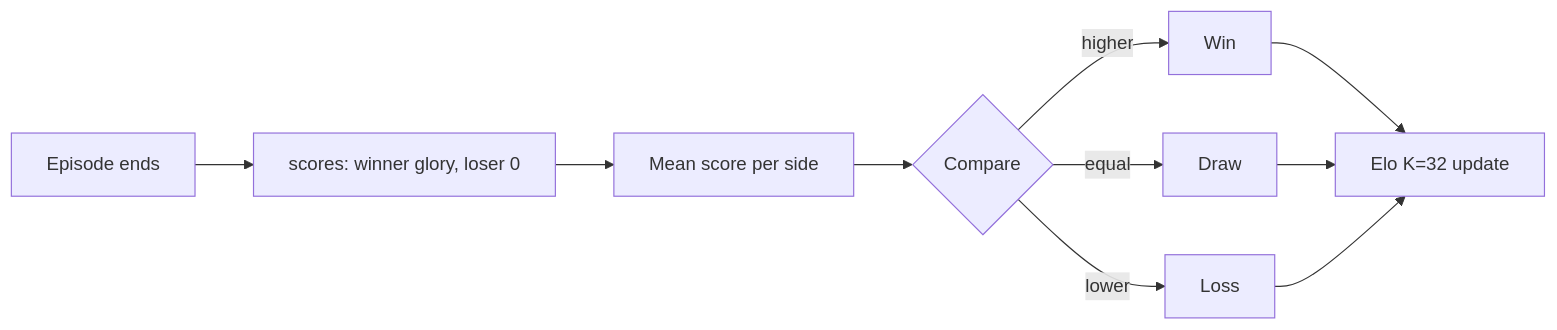
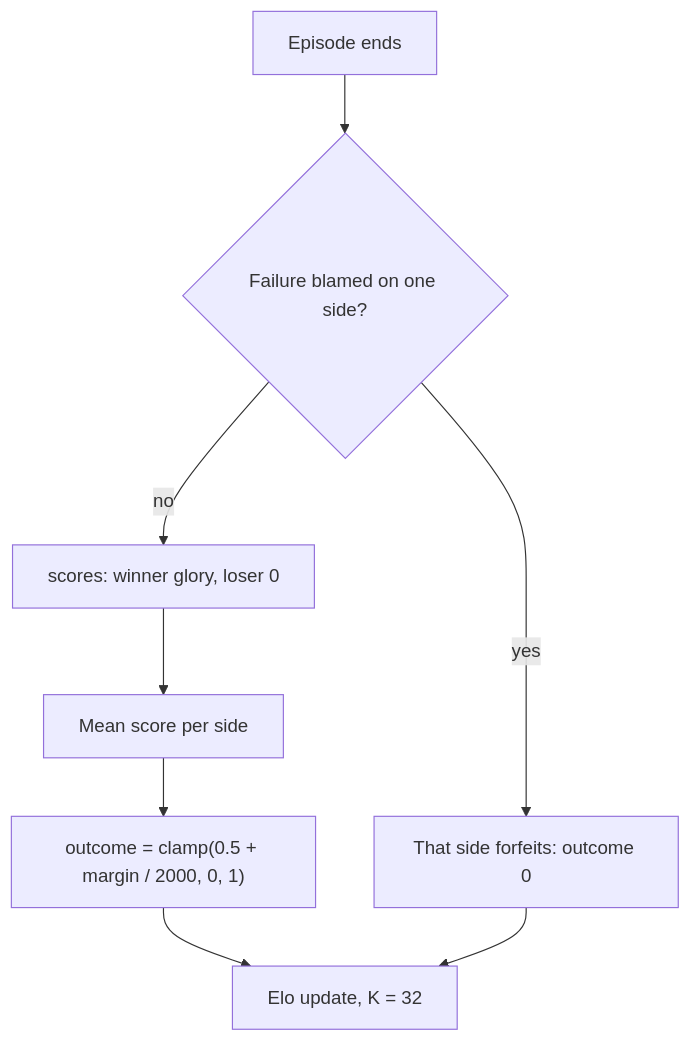
Before and after one commit to JBoggsy/player_labs: the third of 5 diagrams in docs/reports/paintbot-pw-onboarding-2026-09-28.md, drawn with Mermaid. The commit also changed other lines of this file and 1 other file, not shown here.

````diff
--- a/docs/reports/paintbot-pw-onboarding-2026-09-28.md
+++ b/docs/reports/paintbot-pw-onboarding-2026-09-28.md
@@ -145,12 +134,10 @@
 ```mermaid
-flowchart LR
-    A[Episode ends] --> B[scores: winner glory, loser 0]
+flowchart TD
+    A[Episode ends] --> Q{Failure blamed on one side?}
+    Q -- no --> B[scores: winner glory, loser 0]
     B --> C[Mean score per side]
-    C --> D{Compare}
-    D -- higher --> E[Win]
-    D -- equal --> F[Draw]
-    D -- lower --> G[Loss]
-    E --> H[Elo K=32 update]
+    C --> D["outcome = clamp(0.5 + margin / 2000, 0, 1)"]
+    Q -- yes --> F[That side forfeits: outcome 0]
+    D --> H[Elo update, K = 32]
     F --> H
-    G --> H
 ```
````
